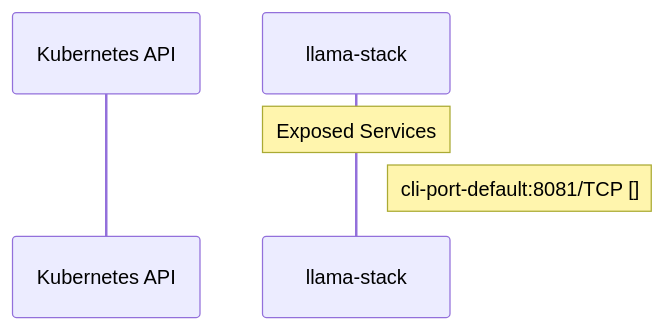
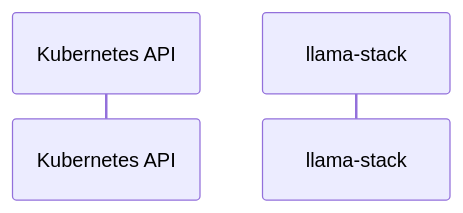
One commit to ugiordan/rhoai-architecture-analyzer changed the diagram in site/docs/use-cases/rhoai-platform/components/llama_stack/dataflow.md. Above: the diagram before and after it, drawn with Mermaid. The commit also changed 402 other files, not shown here.

````diff
--- a/site/docs/use-cases/rhoai-platform/components/llama_stack/dataflow.md
+++ b/site/docs/use-cases/rhoai-platform/components/llama_stack/dataflow.md
@@ -13,11 +13,7 @@
 ```mermaid
 sequenceDiagram
     %% Static dataflow for llama-stack
 
     participant KubernetesAPI as Kubernetes API
     participant llama_stack as llama-stack
-
-
-    Note over llama_stack: Exposed Services
-    Note right of llama_stack: cli-port-default:8081/TCP []
 ```
````
